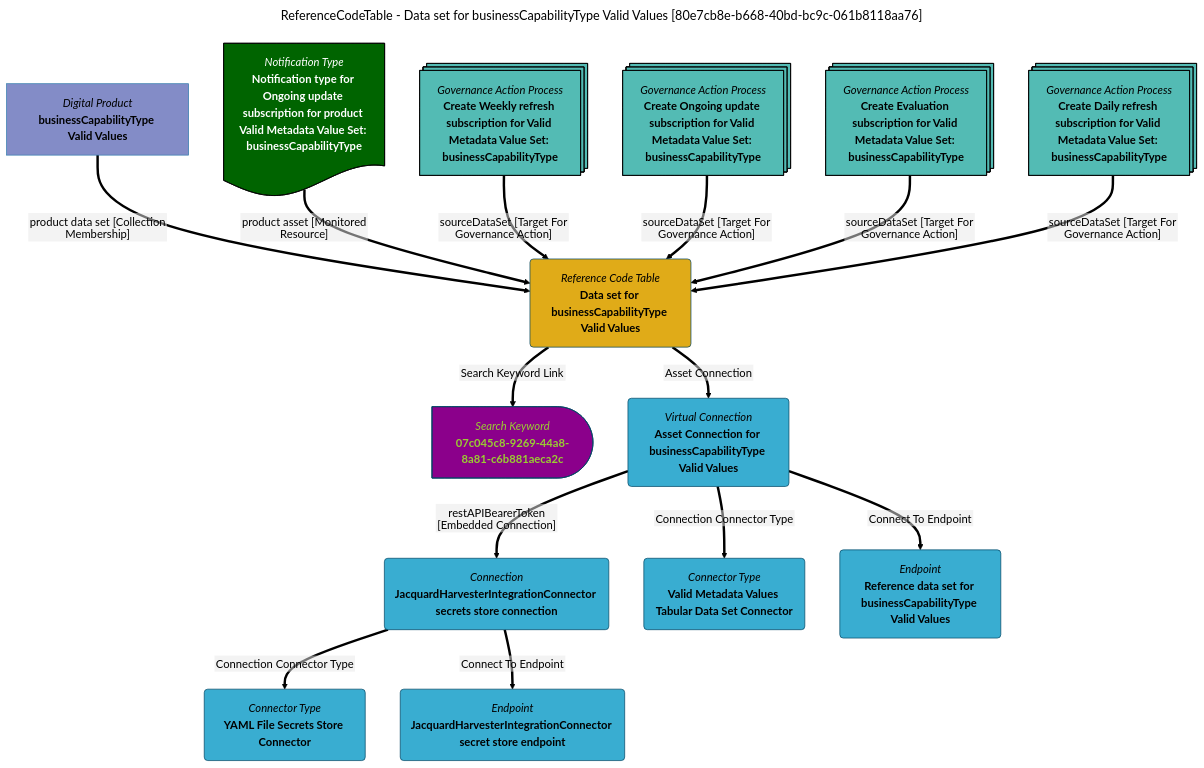
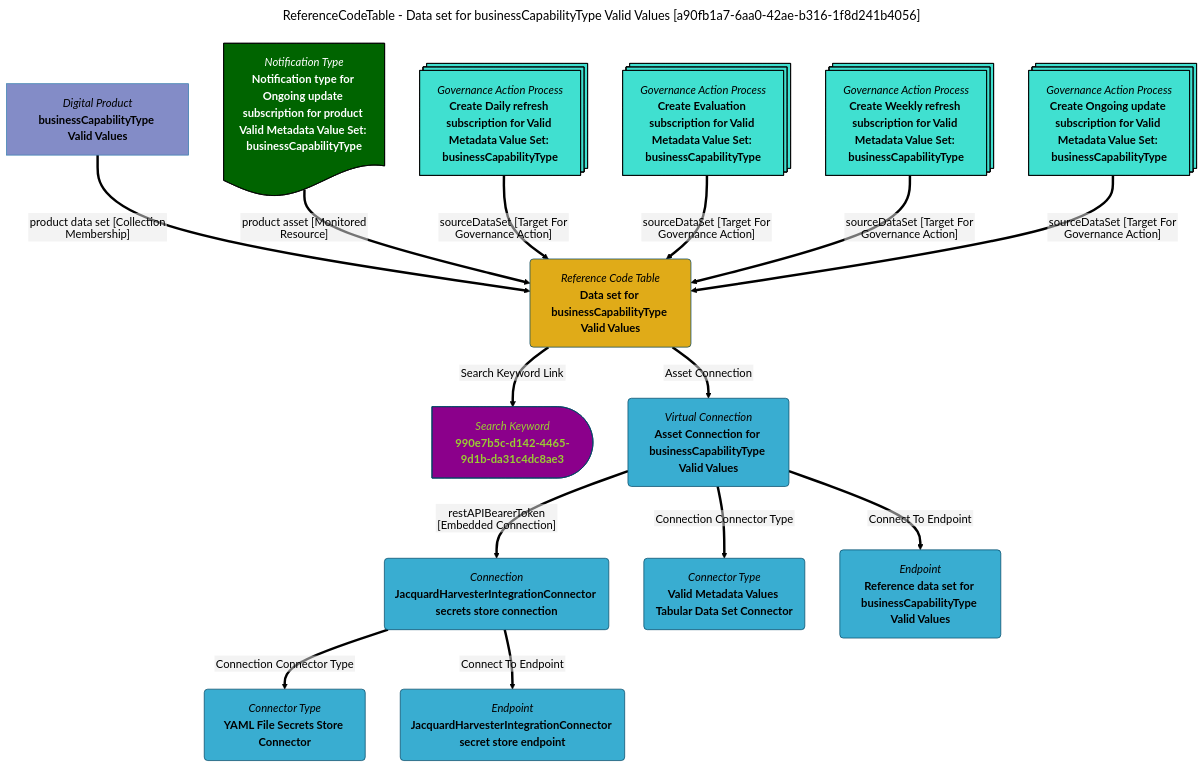
One commit to odpi/egeria-docs changed the diagram in site/snippets/data-assets/data-set-for-businesscapabilitytype-valid-values-mermaid-graph.md. Above: the diagram before and after it, drawn with Mermaid (forest theme). The commit also changed 2201 other files, not shown here.

````diff
--- a/site/snippets/data-assets/data-set-for-businesscapabilitytype-valid-values-mermaid-graph.md
+++ b/site/snippets/data-assets/data-set-for-businesscapabilitytype-valid-values-mermaid-graph.md
@@ -1,63 +1,63 @@
 ```mermaid
 ---
-title: ReferenceCodeTable - Data set for businessCapabilityType Valid Values [80e7cb8e-b668-40bd-bc9c-061b8118aa76]
+title: ReferenceCodeTable - Data set for businessCapabilityType Valid Values [a90fb1a7-6aa0-42ae-b316-1f8d241b4056]
 ---
 flowchart TD
 %%{init: {"flowchart": {"htmlLabels": false}} }%%
 
 1@{ shape: rounded, label: "*Reference Code Table*
 **Data set for businessCapabilityType Valid Values**"}
 2@{ shape: delay, label: "*Search Keyword*
-**07c045c8-9269-44a8-8a81-c6b881aeca2c**"}
+**990e7b5c-d142-4465-9d1b-da31c4dc8ae3**"}
 1==>|"Search Keyword Link"|2
 3@{ shape: rect, label: "*Digital Product*
 **businessCapabilityType Valid Values**"}
 3==>|"product data set [Collection Membership]"|1
 4@{ shape: rounded, label: "*Virtual Connection*
 **Asset Connection for businessCapabilityType Valid Values**"}
 1==>|"Asset Connection"|4
 5@{ shape: rounded, label: "*Connection*
 **JacquardHarvesterIntegrationConnector secrets store connection**"}
 4==>|"restAPIBearerToken [Embedded Connection]"|5
 6@{ shape: rounded, label: "*Connector Type*
 **YAML File Secrets Store Connector**"}
 5==>|"Connection Connector Type"|6
 7@{ shape: rounded, label: "*Endpoint*
 **JacquardHarvesterIntegrationConnector secret store endpoint**"}
 5==>|"Connect To Endpoint"|7
 8@{ shape: rounded, label: "*Connector Type*
 **Valid Metadata Values Tabular Data Set Connector**"}
 4==>|"Connection Connector Type"|8
 9@{ shape: rounded, label: "*Endpoint*
 **Reference data set for businessCapabilityType Valid Values**"}
 4==>|"Connect To Endpoint"|9
 10@{ shape: doc, label: "*Notification Type*
 **Notification type for Ongoing update subscription for product Valid Metadata Value Set: businessCapabilityType**"}
 10==>|"product asset [Monitored Resource]"|1
 11@{ shape: processes, label: "*Governance Action Process*
-**Create Weekly refresh subscription for Valid Metadata Value Set: businessCapabilityType**"}
+**Create Daily refresh subscription for Valid Metadata Value Set: businessCapabilityType**"}
 11==>|"sourceDataSet [Target For Governance Action]"|1
 12@{ shape: processes, label: "*Governance Action Process*
-**Create Ongoing update subscription for Valid Metadata Value Set: businessCapabilityType**"}
+**Create Evaluation subscription for Valid Metadata Value Set: businessCapabilityType**"}
 12==>|"sourceDataSet [Target For Governance Action]"|1
 13@{ shape: processes, label: "*Governance Action Process*
-**Create Evaluation subscription for Valid Metadata Value Set: businessCapabilityType**"}
+**Create Weekly refresh subscription for Valid Metadata Value Set: businessCapabilityType**"}
 13==>|"sourceDataSet [Target For Governance Action]"|1
 14@{ shape: processes, label: "*Governance Action Process*
-**Create Daily refresh subscription for Valid Metadata Value Set: businessCapabilityType**"}
+**Create Ongoing update subscription for Valid Metadata Value Set: businessCapabilityType**"}
 14==>|"sourceDataSet [Target For Governance Action]"|1
-style 11 color:#000000, fill:#53bbb4, stroke:#000000
-style 12 color:#000000, fill:#53bbb4, stroke:#000000
-style 13 color:#000000, fill:#53bbb4, stroke:#000000
-style 14 color:#000000, fill:#53bbb4, stroke:#000000
+style 11 color:#000000, fill:#40E0D0, stroke:#000000
+style 12 color:#000000, fill:#40E0D0, stroke:#000000
+style 13 color:#000000, fill:#40E0D0, stroke:#000000
+style 14 color:#000000, fill:#40E0D0, stroke:#000000
 style 1 color:#000000, fill:#e0ab18, stroke:#004563
-style 2 color:#9acd32, fill:#8b008b, stroke:#004563
+style 2 color:#9ACD32, fill:#8B008B, stroke:#004563
 style 3 color:#000000, fill:#838cc7, stroke:#3079ab
 style 4 color:#000000, fill:#39add1, stroke:#004563
 style 5 color:#000000, fill:#39add1, stroke:#004563
 style 6 color:#000000, fill:#39add1, stroke:#004563
 style 7 color:#000000, fill:#39add1, stroke:#004563
 style 8 color:#000000, fill:#39add1, stroke:#004563
 style 9 color:#000000, fill:#39add1, stroke:#004563
 style 10 color:#FFFFFF, fill:#006400, stroke:#000000
 ```
````
